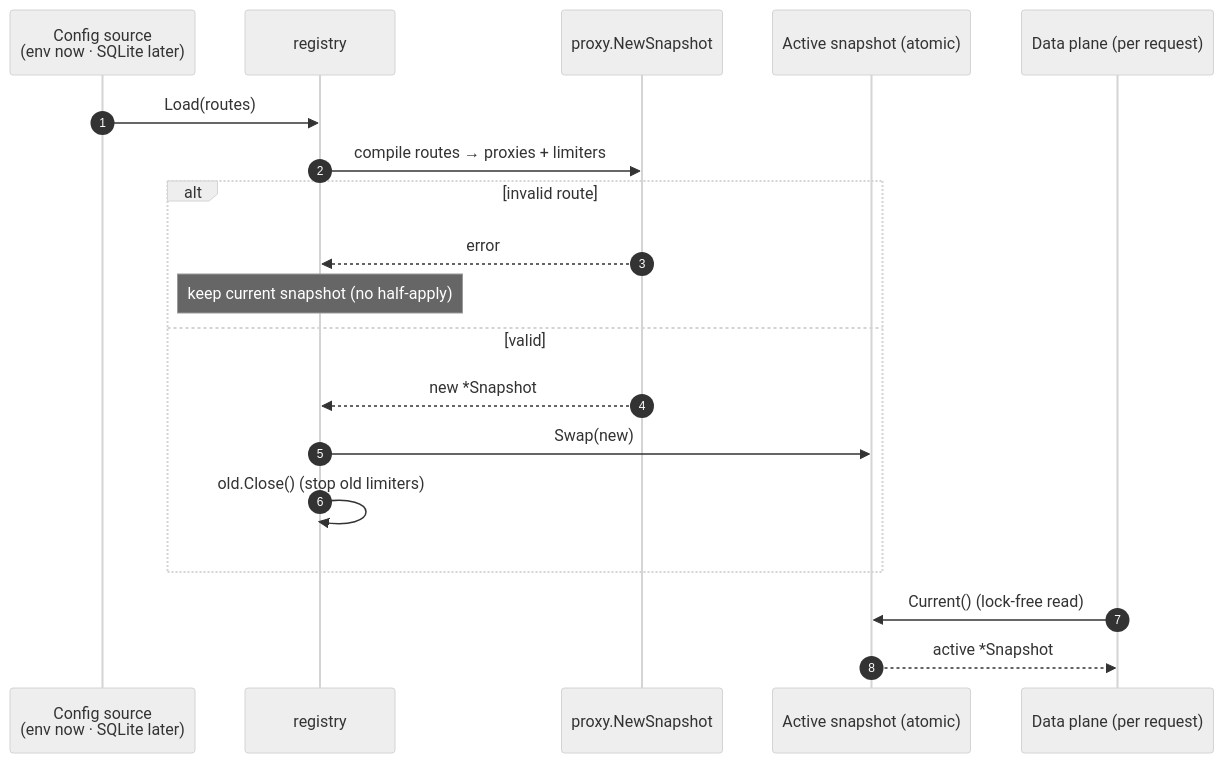
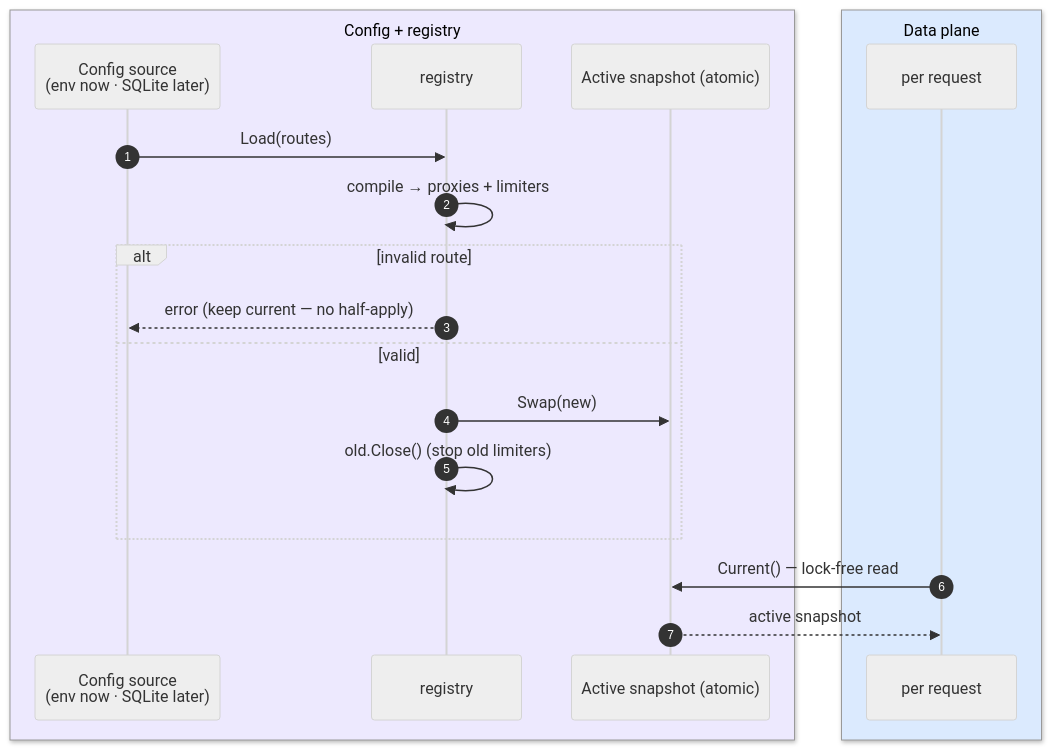
Before and after one commit to mohabnazmy/API-Gateway: the ninth of 15 diagrams in docs/architecture.md, drawn with Mermaid (neutral theme). The commit also changed other lines of this file, not shown here.

First line of the commit message:
docs: make architecture diagram-heavy and colored

````diff
--- a/docs/architecture.md
+++ b/docs/architecture.md
@@ -188,22 +302,23 @@
 ```mermaid
 sequenceDiagram
     autonumber
+    box rgb(237,233,254) Config + registry
     participant Src as Config source<br/>(env now · SQLite later)
     participant Reg as registry
-    participant Snap as proxy.NewSnapshot
     participant Cur as Active snapshot (atomic)
-    participant DP as Data plane (per request)
+    end
+    box rgb(219,234,254) Data plane
+    participant DP as per request
+    end
 
     Src->>Reg: Load(routes)
-    Reg->>Snap: compile routes → proxies + limiters
+    Reg->>Reg: compile → proxies + limiters
     alt invalid route
-        Snap-->>Reg: error
-        Note over Reg: keep current snapshot (no half-apply)
+        Reg-->>Src: error (keep current — no half-apply)
     else valid
-        Snap-->>Reg: new *Snapshot
         Reg->>Cur: Swap(new)
         Reg->>Reg: old.Close() (stop old limiters)
     end
-    DP->>Cur: Current() (lock-free read)
-    Cur-->>DP: active *Snapshot
+    DP->>Cur: Current() — lock-free read
+    Cur-->>DP: active snapshot
 ```
````
